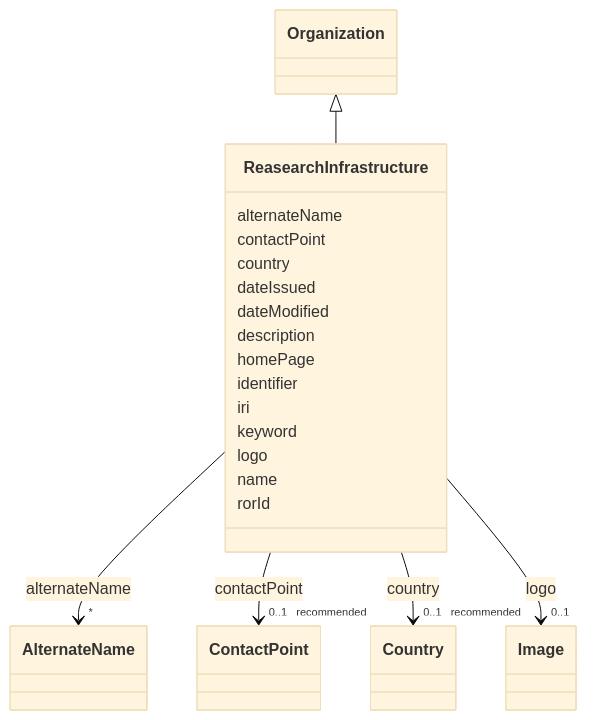
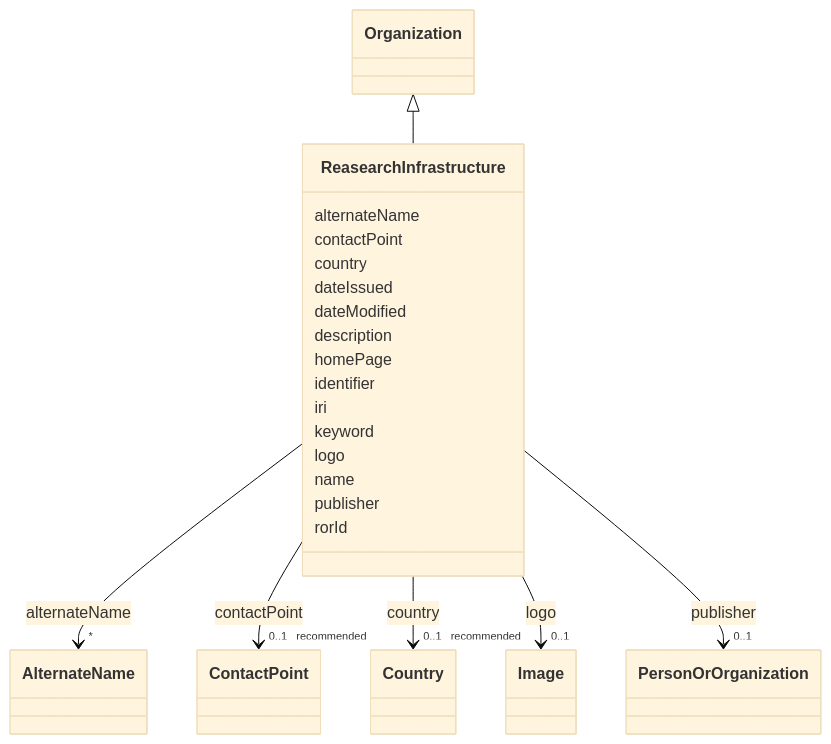
Before and after one commit to EVORA-project/evora-ontology: the diagram in models/docs/ReasearchInfrastructure.md, drawn with Mermaid (base theme). The commit also changed other lines of this file and 468 other files, not shown here.

````diff
--- a/models/docs/ReasearchInfrastructure.md
+++ b/models/docs/ReasearchInfrastructure.md
@@ -19,63 +19,72 @@
 ```mermaid
  classDiagram
     class ReasearchInfrastructure
     click ReasearchInfrastructure href "../ReasearchInfrastructure"
       Organization <|-- ReasearchInfrastructure
         click Organization href "../Organization"
       
       ReasearchInfrastructure : alternateName
         
           
     
     
     ReasearchInfrastructure --> "*" AlternateName : alternateName
     click AlternateName href "../AlternateName"
 
         
       ReasearchInfrastructure : contactPoint
         
           
     
     
     ReasearchInfrastructure --> "0..1 _recommended_" ContactPoint : contactPoint
     click ContactPoint href "../ContactPoint"
 
         
       ReasearchInfrastructure : country
         
           
     
     
     ReasearchInfrastructure --> "0..1 _recommended_" Country : country
     click Country href "../Country"
 
         
       ReasearchInfrastructure : dateIssued
         
       ReasearchInfrastructure : dateModified
         
       ReasearchInfrastructure : description
         
       ReasearchInfrastructure : homePage
         
       ReasearchInfrastructure : identifier
         
       ReasearchInfrastructure : iri
         
       ReasearchInfrastructure : keyword
         
       ReasearchInfrastructure : logo
         
           
     
     
     ReasearchInfrastructure --> "0..1" Image : logo
     click Image href "../Image"
 
         
       ReasearchInfrastructure : name
         
+      ReasearchInfrastructure : publisher
+        
+          
+    
+    
+    ReasearchInfrastructure --> "0..1" PersonOrOrganization : publisher
+    click PersonOrOrganization href "../PersonOrOrganization"
+
+        
       ReasearchInfrastructure : rorId
         
       
 ```
````
